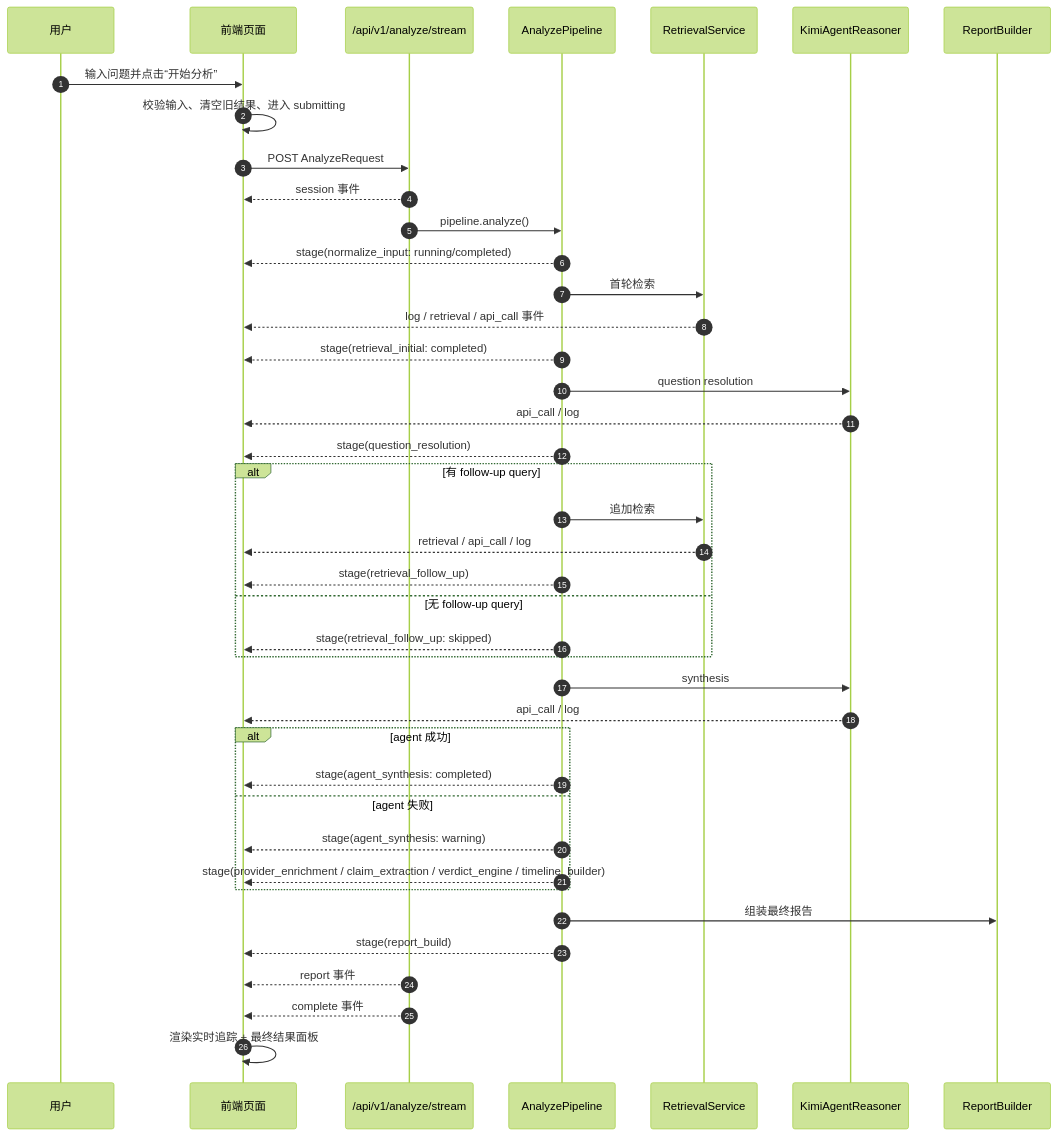
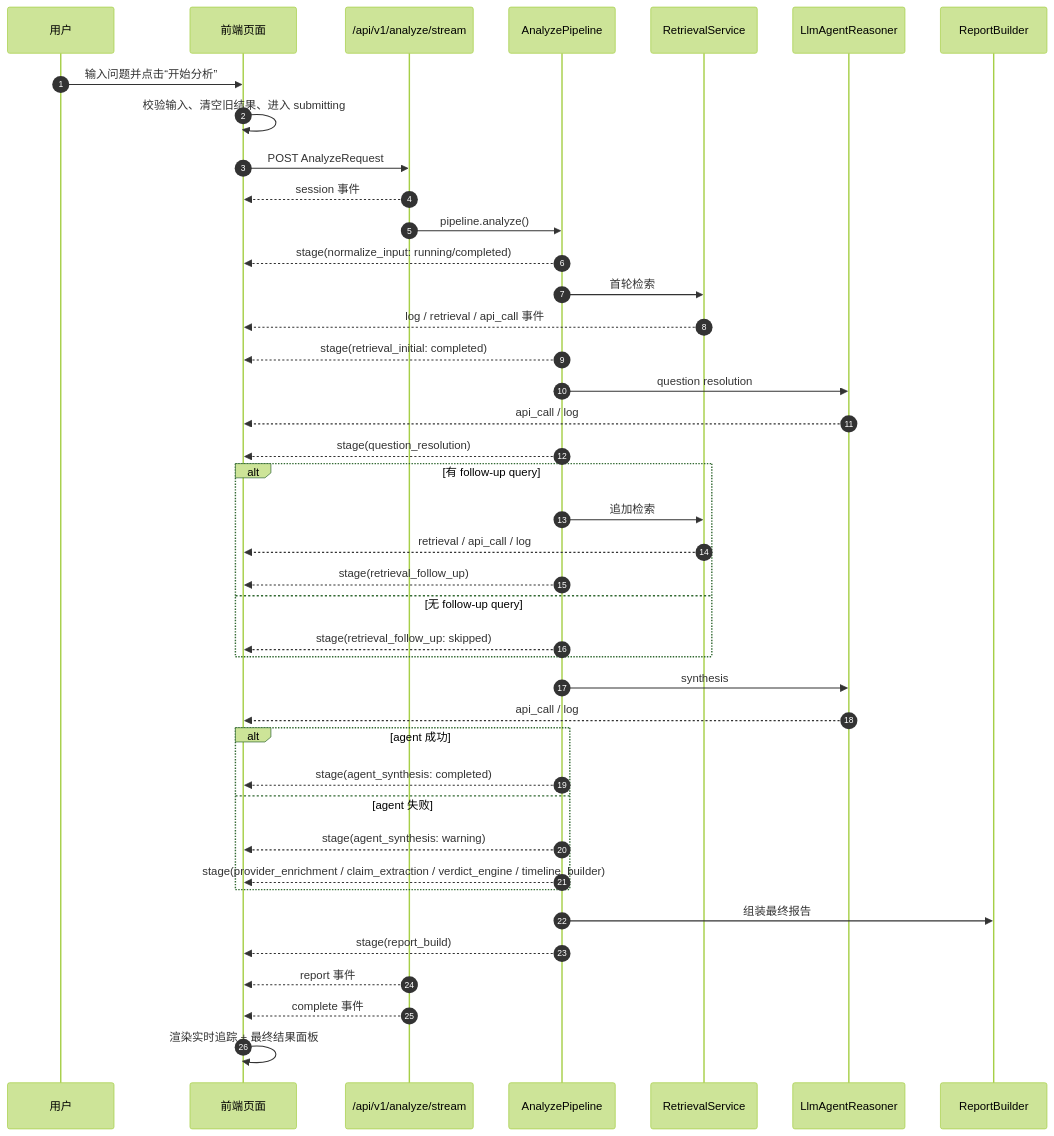
The second of 8 diagrams in docs/question-analysis-end-to-end-flow.md (forwaryan/rumor-checking), drawn with Mermaid (forest theme) before and after one commit. The commit also changed other lines of this file and 5 other files, not shown here.

````diff
--- a/docs/question-analysis-end-to-end-flow.md
+++ b/docs/question-analysis-end-to-end-flow.md
@@ -58,50 +58,50 @@
 ```mermaid
 sequenceDiagram
     autonumber
     participant U as 用户
     participant FE as 前端页面
     participant API as /api/v1/analyze/stream
     participant PIPE as AnalyzePipeline
     participant RET as RetrievalService
-    participant AG as KimiAgentReasoner
+    participant AG as LlmAgentReasoner
     participant RB as ReportBuilder
 
     U->>FE: 输入问题并点击“开始分析”
     FE->>FE: 校验输入、清空旧结果、进入 submitting
     FE->>API: POST AnalyzeRequest
     API-->>FE: session 事件
 
     API->>PIPE: pipeline.analyze()
     PIPE-->>FE: stage(normalize_input: running/completed)
     PIPE->>RET: 首轮检索
     RET-->>FE: log / retrieval / api_call 事件
     PIPE-->>FE: stage(retrieval_initial: completed)
 
     PIPE->>AG: question resolution
     AG-->>FE: api_call / log
     PIPE-->>FE: stage(question_resolution)
 
     alt 有 follow-up query
         PIPE->>RET: 追加检索
         RET-->>FE: retrieval / api_call / log
         PIPE-->>FE: stage(retrieval_follow_up)
     else 无 follow-up query
         PIPE-->>FE: stage(retrieval_follow_up: skipped)
     end
 
     PIPE->>AG: synthesis
     AG-->>FE: api_call / log
 
     alt agent 成功
         PIPE-->>FE: stage(agent_synthesis: completed)
     else agent 失败
         PIPE-->>FE: stage(agent_synthesis: warning)
         PIPE-->>FE: stage(provider_enrichment / claim_extraction / verdict_engine / timeline_builder)
     end
 
     PIPE->>RB: 组装最终报告
     PIPE-->>FE: stage(report_build)
     API-->>FE: report 事件
     API-->>FE: complete 事件
     FE->>FE: 渲染实时追踪 + 最终结果面板
 ```
````
